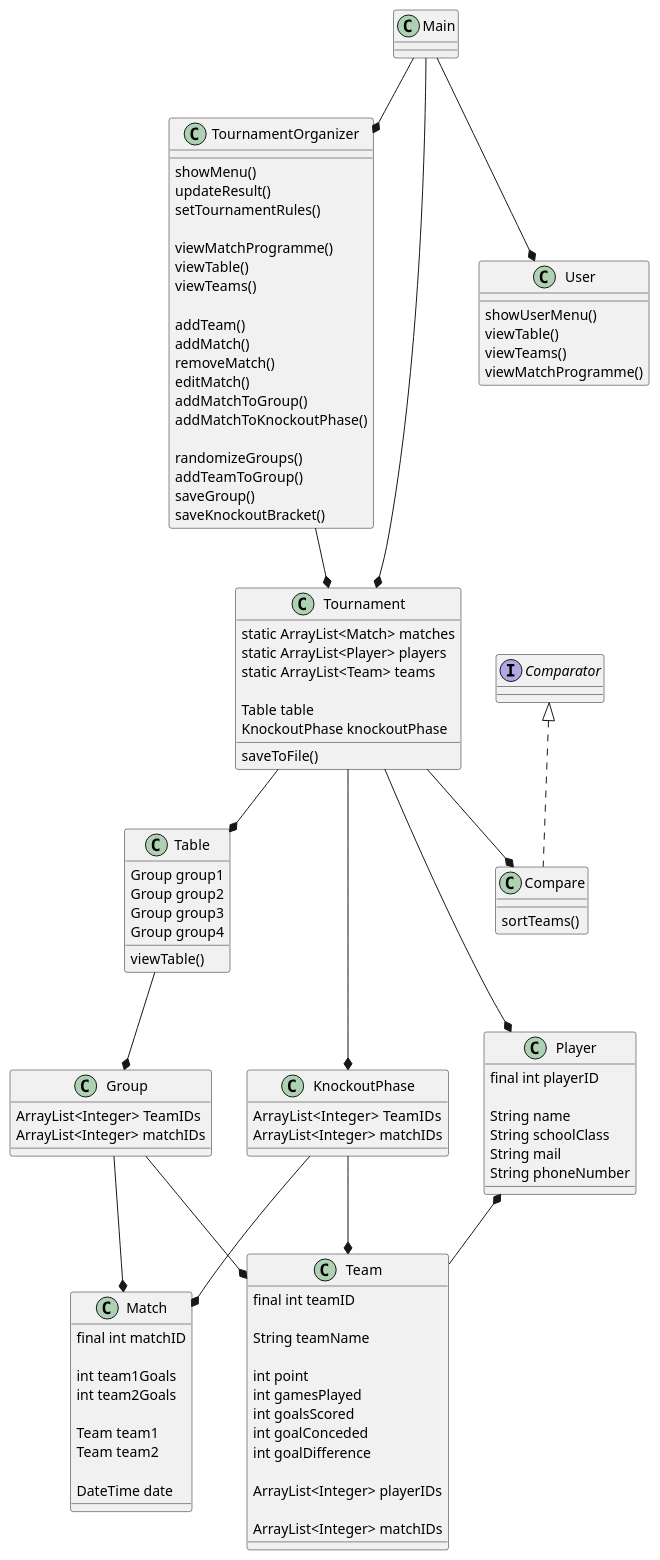
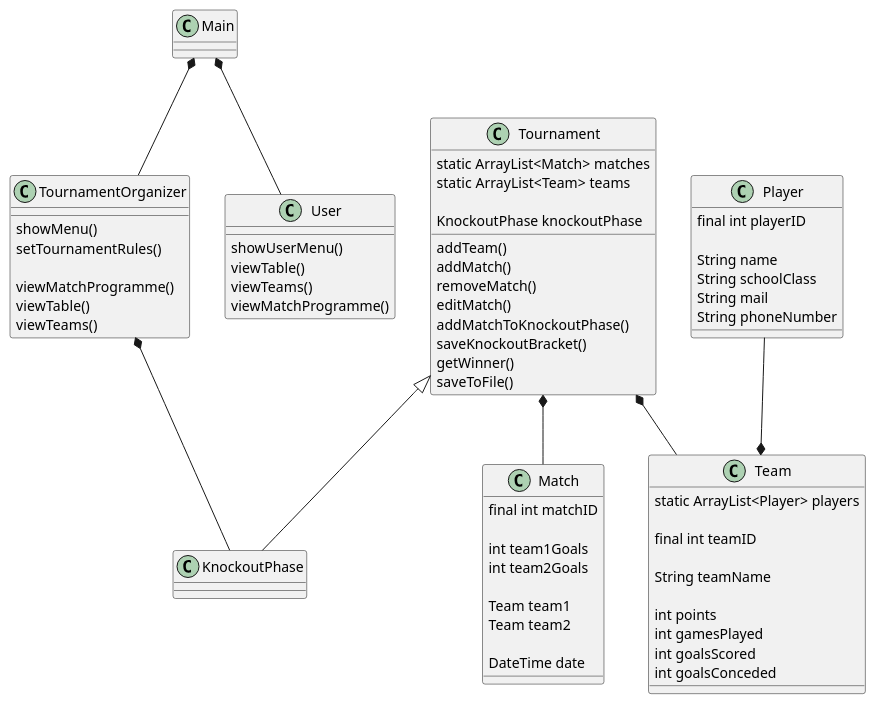
The diagram in uml/UML.puml (stoxhorn/SP3), drawn with PlantUML before and after one commit.

```diff
--- a/uml/UML.puml
+++ b/uml/UML.puml
@@ -1,141 +1,123 @@
 @startuml
 'https://plantuml.com/class-diagram
 class Main
  {
  }
 
 class Team {
+static ArrayList<Player> players
 
 final int teamID
 
 String teamName
 
-int point
+int points
 int gamesPlayed
 int goalsScored
-int goalConceded
-int goalDifference
-
-ArrayList<Integer> playerIDs
-
-ArrayList<Integer> matchIDs
+int goalsConceded
 
 }
 
 class Player {
 
 final int playerID
 
 String name
 String schoolClass
 String mail
 String phoneNumber
 
 }
 
-class KnockoutPhase {
-ArrayList<Integer>  TeamIDs
-ArrayList<Integer> matchIDs
+class KnockoutPhase extends Tournament{
+
 
 }
 
-class Group {
-ArrayList<Integer> TeamIDs
-ArrayList<Integer> matchIDs
+'class GroupPhase extends Tournament {
 
-}
+'ArrayList<Team> groups
+'ArrayList<Match> matches
 
-class Table {
+'}
 
-Group group1
-Group group2
-Group group3
-Group group4
 
-viewTable()
 
-}
-
-class Match{
+class Match {
 
 final int matchID
 
 int team1Goals
 int team2Goals
 
 Team team1
 Team team2
 
 DateTime date
 
 }
 
 class TournamentOrganizer {
 showMenu()
-updateResult()
 setTournamentRules()
 
 viewMatchProgramme()
 viewTable()
 viewTeams()
 
-addTeam()
-addMatch()
-removeMatch()
-editMatch()
-addMatchToGroup()
-addMatchToKnockoutPhase()
-
-randomizeGroups()
-addTeamToGroup()
-saveGroup()
-saveKnockoutBracket()
-
 }
 
 class Tournament {
 
 static ArrayList<Match> matches
-static ArrayList<Player> players
 static ArrayList<Team> teams
 
-Table table
 KnockoutPhase knockoutPhase
 
+addTeam()
+addMatch()
+removeMatch()
+editMatch()
+'addMatchToGroup()
+addMatchToKnockoutPhase()
+saveKnockoutBracket()
+getWinner()
 saveToFile()
 
+'addMatchToGroup()
+'randomizeGroups()
+'addTeamToGroup()
+'saveGroup()
 }
 
 class User {
 
 showUserMenu()
 viewTable()
 viewTeams()
 viewMatchProgramme()
 
 }
 
-class Compare implements Comparator{
+'class Compare implements Comparator{
 
-sortTeams()
+'int goalDifference
 
-}
+'sortTeams()
 
-Player *-- Team
-Group --* Match
-Group --* Team
-KnockoutPhase --* Match
-KnockoutPhase --*Team
-Table --* Group
-Main --* TournamentOrganizer
-Main --* Tournament
-Main --* User
+'}
+
+Player --* Team
+'GroupPhase --* Match
+'GroupPhase --* Team
+Tournament*-- Match
+Tournament *-- Team
+Main *-- TournamentOrganizer
+Main *-- User
 
 'Tournament --* Team
-Tournament --* KnockoutPhase
-Tournament --* Compare
+'Tournament *-- Compare
 'Tournament --* Match
-Tournament --* Table
-Tournament --* Player
-TournamentOrganizer --* Tournament
+
+TournamentOrganizer *-- KnockoutPhase
 @enduml
```
